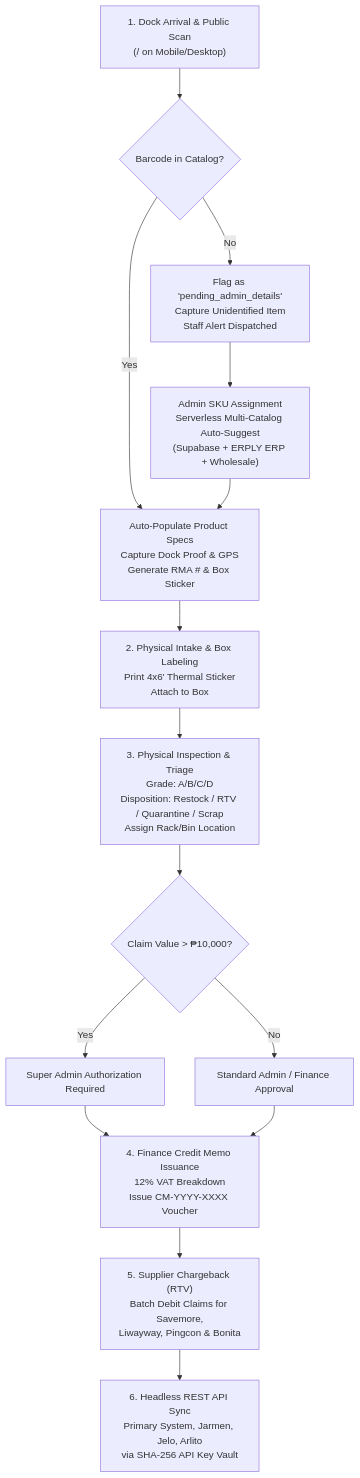
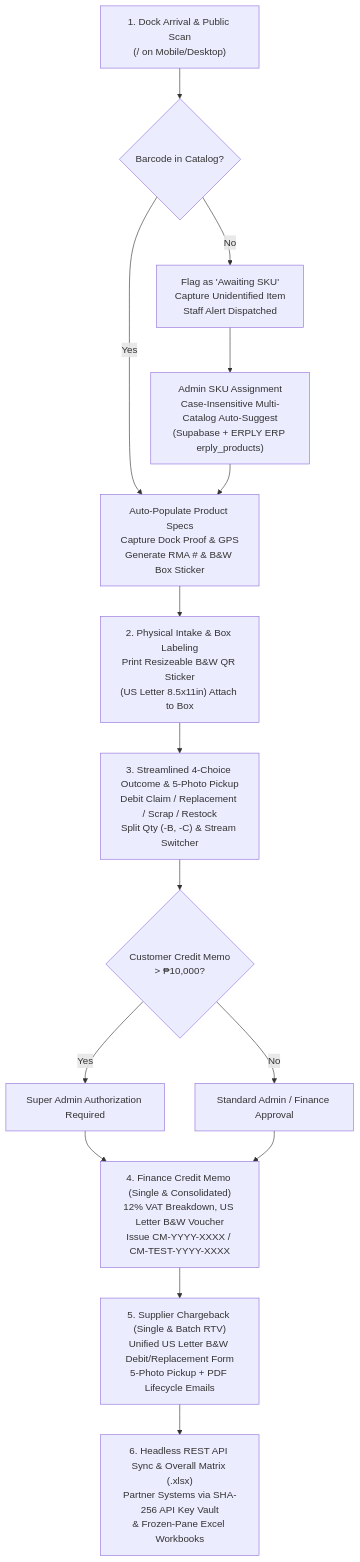
The first of 2 diagrams in docs/WHOLESALE_RMA_OPERATIONS_GUIDE.md (Dan01357/rma-portal-v2), drawn with Mermaid before and after one commit. The commit also changed other lines of this file and 37 other files, not shown here.

Commit message:
Complete Phase 4 QA: Excel OOXML fix, PH Legal ID pickup support, & email-bound RMA editor

````diff
--- a/docs/WHOLESALE_RMA_OPERATIONS_GUIDE.md
+++ b/docs/WHOLESALE_RMA_OPERATIONS_GUIDE.md
@@ -15,17 +15,17 @@
 ```mermaid
 flowchart TD
     A["1. Dock Arrival & Public Scan\n(/ on Mobile/Desktop)"] --> B{"Barcode in Catalog?"}
-    B -- Yes --> C["Auto-Populate Product Specs\nCapture Dock Proof & GPS\nGenerate RMA # & Box Sticker"]
-    B -- No --> D["Flag as 'pending_admin_details'\nCapture Unidentified Item\nStaff Alert Dispatched"]
-    C --> E["2. Physical Intake & Box Labeling\nPrint 4x6' Thermal Sticker\nAttach to Box"]
-    D --> F["Admin SKU Assignment\nServerless Multi-Catalog Auto-Suggest\n(Supabase + ERPLY ERP + Wholesale)"]
+    B -- Yes --> C["Auto-Populate Product Specs\nCapture Dock Proof & GPS\nGenerate RMA # & B&W Box Sticker"]
+    B -- No --> D["Flag as 'Awaiting SKU'\nCapture Unidentified Item\nStaff Alert Dispatched"]
+    C --> E["2. Physical Intake & Box Labeling\nPrint Resizeable B&W QR Sticker\n(US Letter 8.5x11in) Attach to Box"]
+    D --> F["Admin SKU Assignment\nCase-Insensitive Multi-Catalog Auto-Suggest\n(Supabase + ERPLY ERP erply_products)"]
     F --> C
-    E --> G["3. Physical Inspection & Triage\nGrade: A/B/C/D\nDisposition: Restock / RTV / Quarantine / Scrap\nAssign Rack/Bin Location"]
-    G --> H{"Claim Value > ₱10,000?"}
+    E --> G["3. Streamlined 4-Choice Outcome & 5-Photo Pickup\nDebit Claim / Replacement / Scrap / Restock\nSplit Qty (-B, -C) & Stream Switcher"]
+    G --> H{"Customer Credit Memo\n> ₱10,000?"}
     H -- Yes --> I["Super Admin Authorization Required"]
     H -- No --> J["Standard Admin / Finance Approval"]
-    I --> K["4. Finance Credit Memo Issuance\n12% VAT Breakdown\nIssue CM-YYYY-XXXX Voucher"]
+    I --> K["4. Finance Credit Memo (Single & Consolidated)\n12% VAT Breakdown, US Letter B&W Voucher\nIssue CM-YYYY-XXXX / CM-TEST-YYYY-XXXX"]
     J --> K
-    K --> L["5. Supplier Chargeback (RTV)\nBatch Debit Claims for Savemore,\nLiwayway, Pingcon & Bonita"]
-    L --> M["6. Headless REST API Sync\nPrimary System, Jarmen, Jelo, Arlito\nvia SHA-256 API Key Vault"]
+    K --> L["5. Supplier Chargeback (Single & Batch RTV)\nUnified US Letter B&W Debit/Replacement Form\n5-Photo Pickup + PDF Lifecycle Emails"]
+    L --> M["6. Headless REST API Sync & Overall Matrix (.xlsx)\nPartner Systems via SHA-256 API Key Vault\n& Frozen-Pane Excel Workbooks"]
 ```
````
